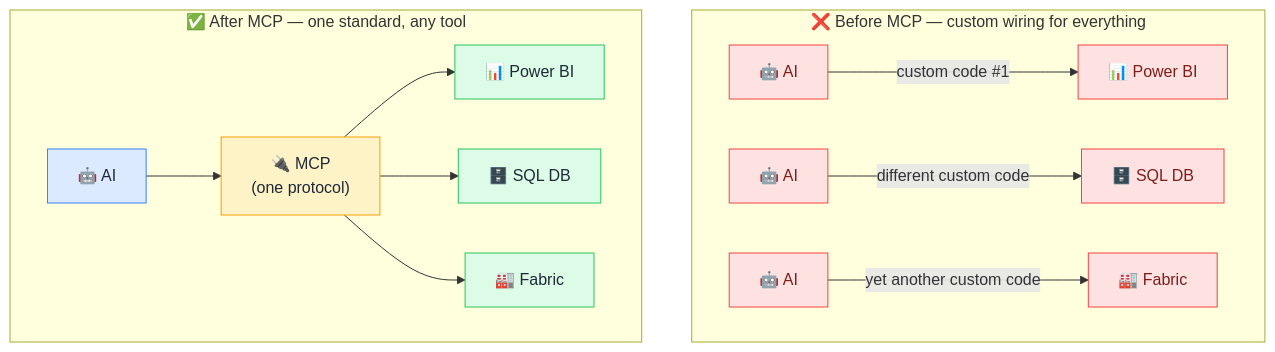
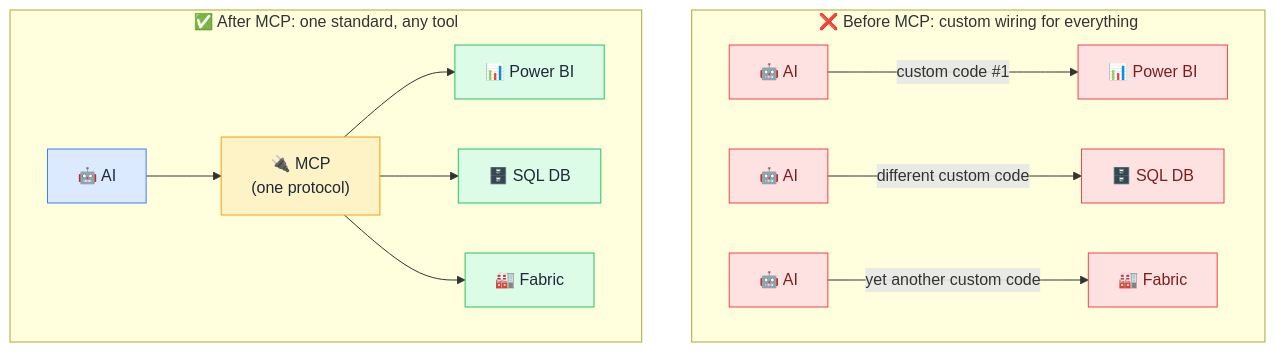
One commit to behnia137/mcp-for-data-visual changed the diagram in data/what-is-mcp.md. Above: the diagram before and after it, drawn with Mermaid. The commit also changed other lines of this file and 17 other files, not shown here.

````diff
--- a/data/what-is-mcp.md
+++ b/data/what-is-mcp.md
@@ -7,26 +7,26 @@
 ```mermaid
 flowchart TB
-    subgraph before["❌ Before MCP — custom wiring for everything"]
+    subgraph before["❌ Before MCP: custom wiring for everything"]
         AI1["🤖 AI"] -->|"custom code #1"| T1["📊 Power BI"]
         AI2["🤖 AI"] -->|"different custom code"| T2["🗄️ SQL DB"]
         AI3["🤖 AI"] -->|"yet another custom code"| T3["🏭 Fabric"]
         style AI1 fill:#fee2e2,stroke:#ef4444,color:#7f1d1d
         style AI2 fill:#fee2e2,stroke:#ef4444,color:#7f1d1d
         style AI3 fill:#fee2e2,stroke:#ef4444,color:#7f1d1d
         style T1 fill:#fee2e2,stroke:#ef4444,color:#7f1d1d
         style T2 fill:#fee2e2,stroke:#ef4444,color:#7f1d1d
         style T3 fill:#fee2e2,stroke:#ef4444,color:#7f1d1d
     end
 
-    subgraph after["✅ After MCP — one standard, any tool"]
+    subgraph after["✅ After MCP: one standard, any tool"]
         AI["🤖 AI"] --> MCP["🔌 MCP\n(one protocol)"]
         MCP --> S1["📊 Power BI"]
         MCP --> S2["🗄️ SQL DB"]
         MCP --> S3["🏭 Fabric"]
         style AI fill:#dbeafe,stroke:#3b82f6,color:#1f2937
         style MCP fill:#fef3c7,stroke:#f59e0b,color:#1f2937
         style S1 fill:#dcfce7,stroke:#22c55e,color:#1f2937
         style S2 fill:#dcfce7,stroke:#22c55e,color:#1f2937
         style S3 fill:#dcfce7,stroke:#22c55e,color:#1f2937
     end
 ```
````
